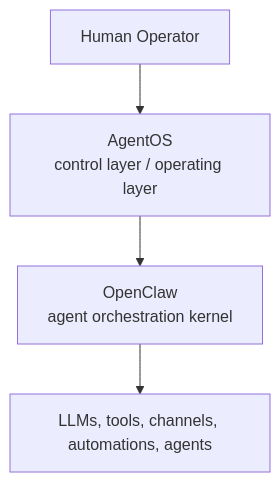
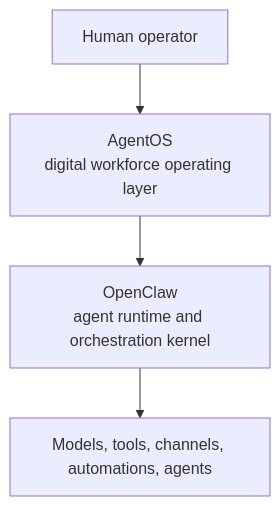
Before and after one commit to SapienXai/AgentOS: the first of 2 diagrams in README.md, drawn with Mermaid. The commit also changed other lines of this file, not shown here.

Commit message:
docs: reposition AgentOS README

````diff
--- a/README.md
+++ b/README.md
@@ -199,6 +221,6 @@
 ```mermaid
 flowchart TD
-    Human["Human Operator"] --> AgentOS["AgentOS<br/>control layer / operating layer"]
-    AgentOS --> OpenClaw["OpenClaw<br/>agent orchestration kernel"]
-    OpenClaw --> Runtime["LLMs, tools, channels, automations, agents"]
+    Human["Human operator"] --> AgentOS["AgentOS<br/>digital workforce operating layer"]
+    AgentOS --> OpenClaw["OpenClaw<br/>agent runtime and orchestration kernel"]
+    OpenClaw --> Runtime["Models, tools, channels, automations, agents"]
 ```
````
